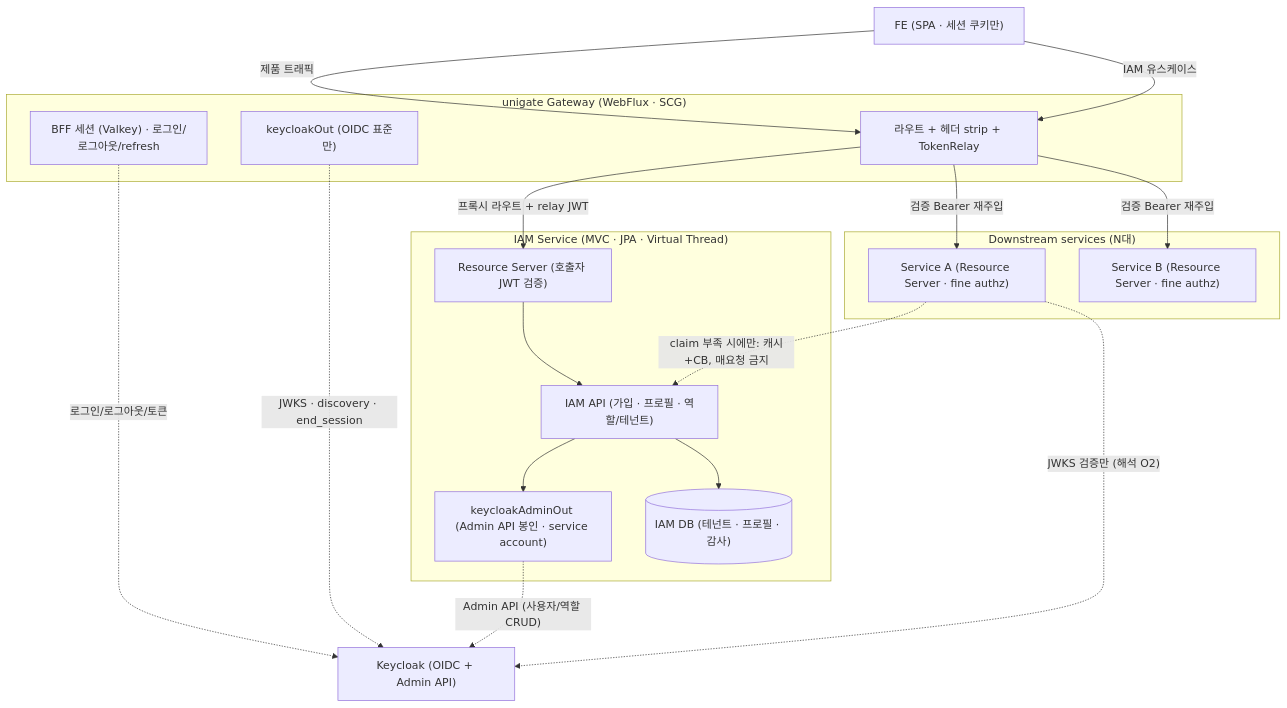
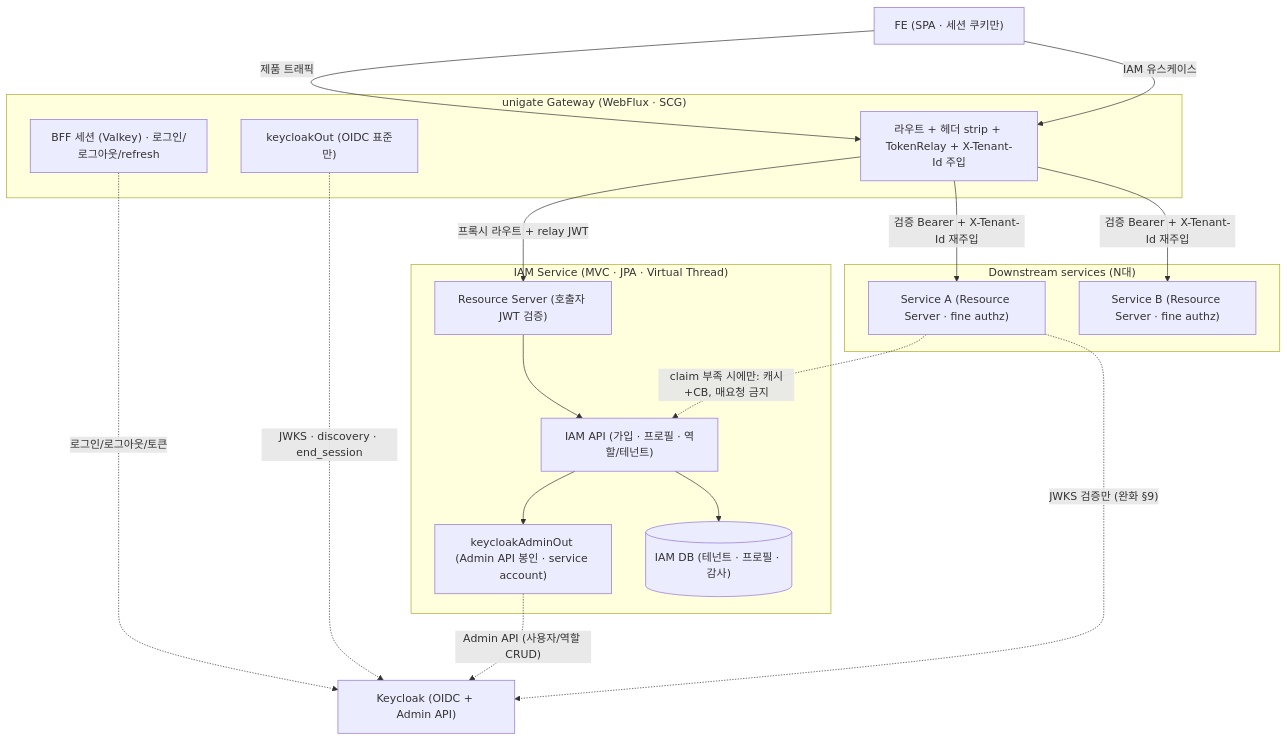
One commit to alanhakhyeonsong/unigate changed the first of 2 diagrams in docs/IAM_PLATFORM_DECISION.md. Above: the diagram before and after it, drawn with Mermaid. The commit also changed other lines of this file and 2 other files, not shown here.

````diff
--- a/docs/IAM_PLATFORM_DECISION.md
+++ b/docs/IAM_PLATFORM_DECISION.md
@@ -80,40 +86,40 @@
 ```mermaid
 flowchart TB
     FE["FE (SPA · 세션 쿠키만)"]
 
     subgraph gw ["unigate Gateway (WebFlux · SCG)"]
-      ROUTE["라우트 + 헤더 strip + TokenRelay"]
+      ROUTE["라우트 + 헤더 strip + TokenRelay + X-Tenant-Id 주입"]
       SESS["BFF 세션 (Valkey) · 로그인/로그아웃/refresh"]
       KOUT["keycloakOut (OIDC 표준만)"]
     end
 
     subgraph iam ["IAM Service (MVC · JPA · Virtual Thread)"]
       IRS["Resource Server (호출자 JWT 검증)"]
       IAPI["IAM API (가입 · 프로필 · 역할/테넌트)"]
       IADMIN["keycloakAdminOut (Admin API 봉인 · service account)"]
       IDB[("IAM DB (테넌트 · 프로필 · 감사)")]
     end
 
     subgraph ds ["Downstream services (N대)"]
       DA["Service A (Resource Server · fine authz)"]
       DB["Service B (Resource Server · fine authz)"]
     end
 
     KC["Keycloak (OIDC + Admin API)"]
 
     FE -->|"제품 트래픽"| ROUTE
-    ROUTE -->|"검증 Bearer 재주입"| DA
-    ROUTE -->|"검증 Bearer 재주입"| DB
+    ROUTE -->|"검증 Bearer + X-Tenant-Id 재주입"| DA
+    ROUTE -->|"검증 Bearer + X-Tenant-Id 재주입"| DB
     FE -->|"IAM 유스케이스"| ROUTE
     ROUTE -->|"프록시 라우트 + relay JWT"| IRS
     IRS --> IAPI
     IAPI --> IADMIN
     IAPI --> IDB
 
     SESS -.->|"로그인/로그아웃/토큰"| KC
     KOUT -.->|"JWKS · discovery · end_session"| KC
     IADMIN -.->|"Admin API (사용자/역할 CRUD)"| KC
 
     DA -.->|"claim 부족 시에만: 캐시+CB, 매요청 금지"| IAPI
-    DA -.->|"JWKS 검증만 (해석 O2)"| KC
+    DA -.->|"JWKS 검증만 (완화 §9)"| KC
 ```
````
